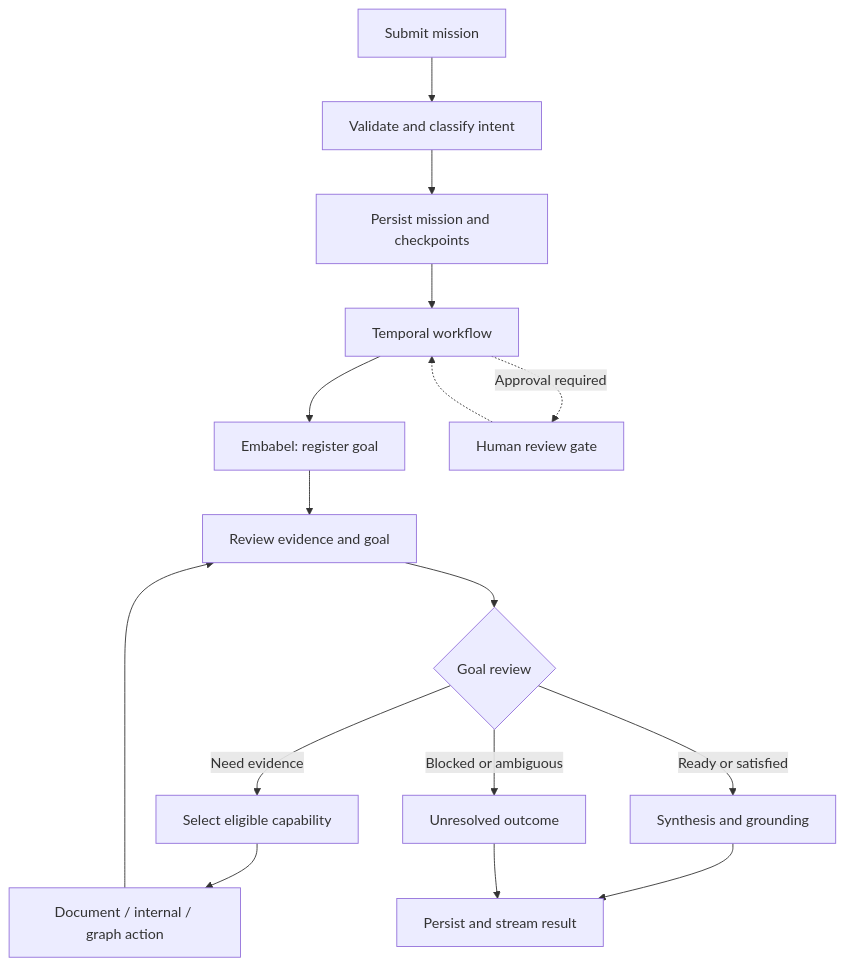
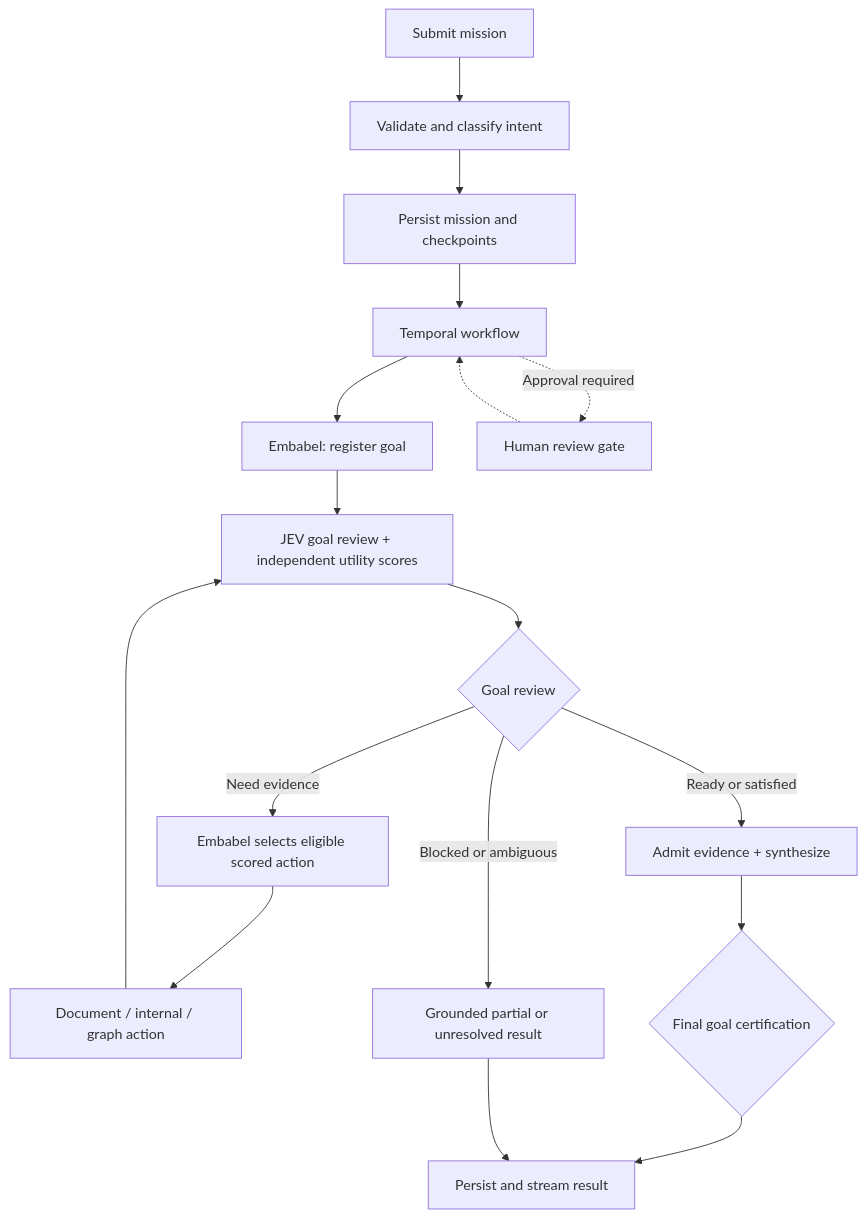
Before and after one commit to hashedgrey/Sparrow-x: the second of 2 diagrams in README.md, drawn with Mermaid. The commit also changed other lines of this file, not shown here.

Commit message:
docs(readme): align architecture and features with latest SparrowX implementation

````diff
--- a/README.md
+++ b/README.md
@@ -68,18 +75,19 @@
 ```mermaid
 flowchart TD
     A[Submit mission] --> B[Validate and classify intent]
     B --> C[Persist mission and checkpoints]
     C --> D[Temporal workflow]
     D --> E[Embabel: register goal]
-    E --> F[Review evidence and goal]
+    E --> F[JEV goal review + independent utility scores]
     F --> G{Goal review}
-    G -->|Need evidence| H[Select eligible capability]
+    G -->|Need evidence| H[Embabel selects eligible scored action]
     H --> I[Document / internal / graph action]
     I --> F
-    G -->|Ready or satisfied| J[Synthesis and grounding]
-    G -->|Blocked or ambiguous| K[Unresolved outcome]
-    J --> L[Persist and stream result]
+    G -->|Ready or satisfied| J[Admit evidence + synthesize]
+    G -->|Blocked or ambiguous| K[Grounded partial or unresolved result]
+    J --> N{Final goal certification}
+    N --> L[Persist and stream result]
     K --> L
     D -.->|Approval required| M[Human review gate]
     M -.-> D
 ```
````
